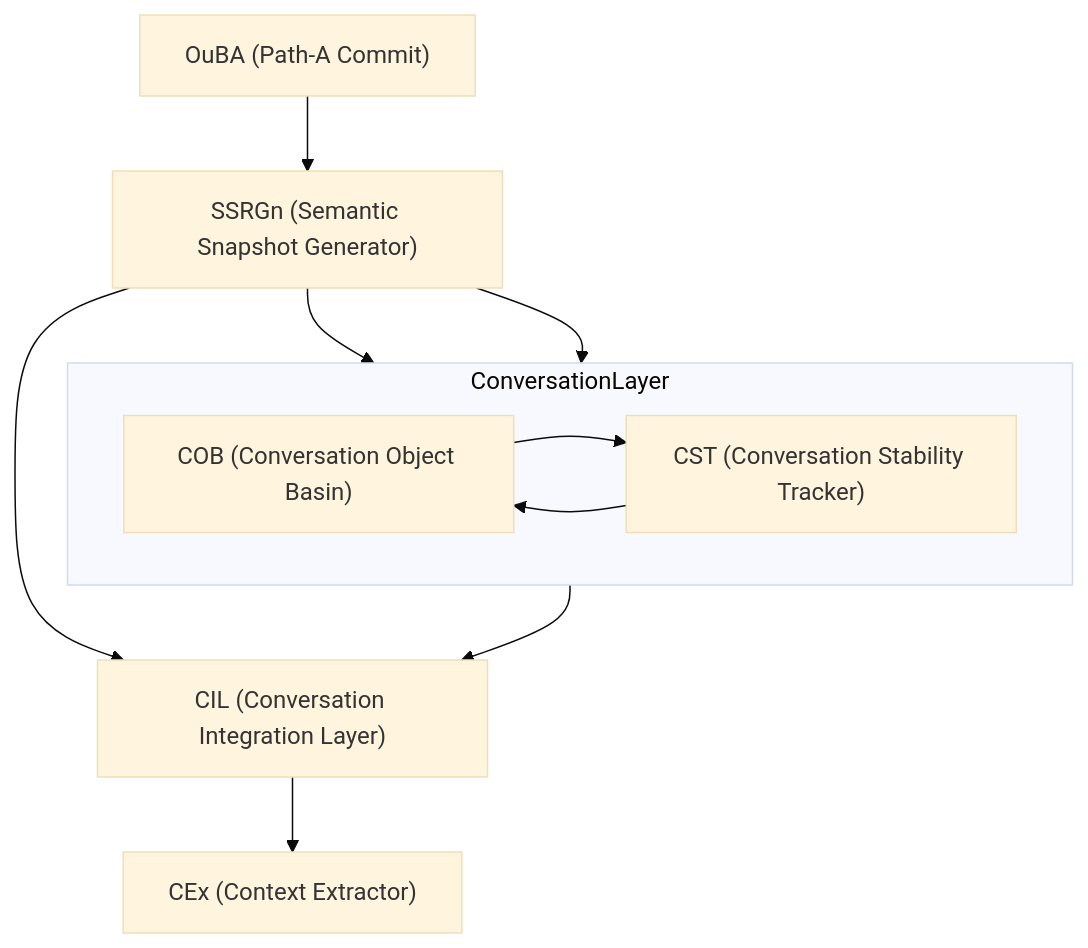
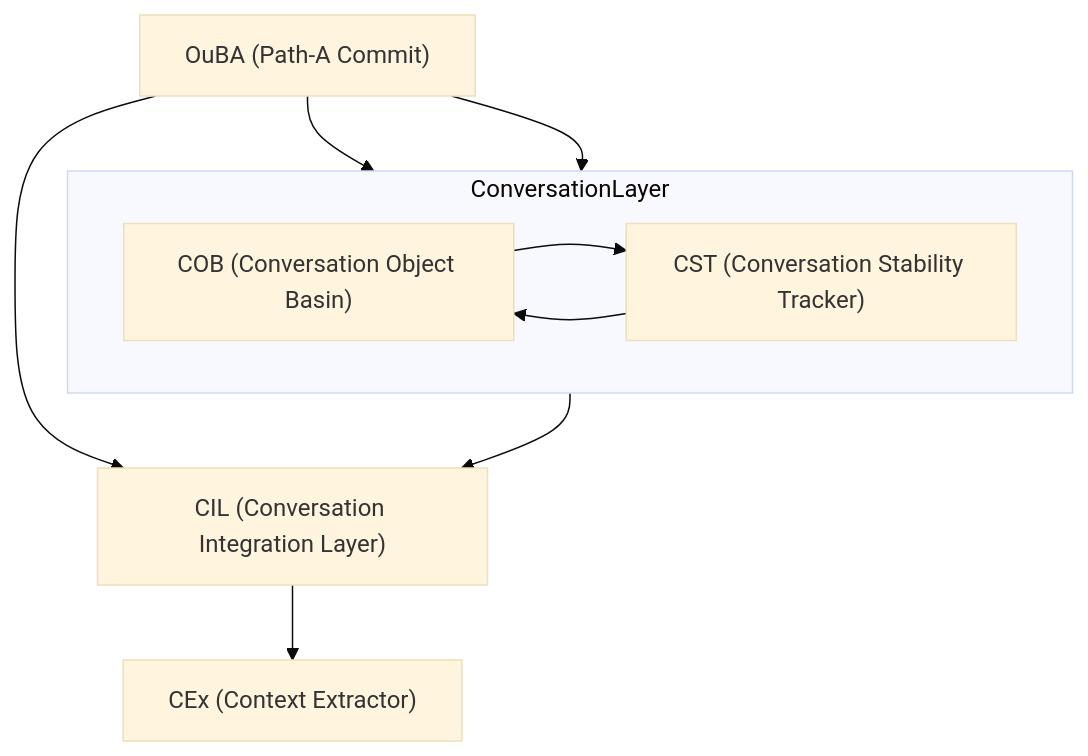
The diagram in thought_simulator/20_requirements/20.705_patha_pathb_flow.md (CuriousOne23/WhenMathPrays), drawn with Mermaid (base theme) before and after one commit. The commit also changed other lines of this file, not shown here.

````diff
--- a/thought_simulator/20_requirements/20.705_patha_pathb_flow.md
+++ b/thought_simulator/20_requirements/20.705_patha_pathb_flow.md
@@ -230,34 +229,32 @@
 ```mermaid
 flowchart TD
 
     %% Core A→B boundary
     OuBA["OuBA (Path‑A Commit)"]
-    SSRGn["SSRGn (Semantic Snapshot Generator)"]
 
     %% Conversation-layer objects (parallel row)
     subgraph ConversationLayer
         direction LR
         COB["COB (Conversation Object Basin)"]
         CST["CST (Conversation Stability Tracker)"]
     end
 
     %% Intake-side identity integration
     CIL["CIL (Conversation Integration Layer)"]
 
     %% Downstream semantic intake
     CEx["CEx (Context Extractor)"]
 
     %% Flows
-    OuBA --> SSRGn
 
-    SSRGn --> COB
-    SSRGn --> CST
-    SSRGn --> CIL
+    OuBA --> COB
+    OuBA --> CST
+    OuBA --> CIL
 
     COB --> CST
     CST --> COB
 
     COB --> CIL
 
     CIL --> CEx
 ```
````
